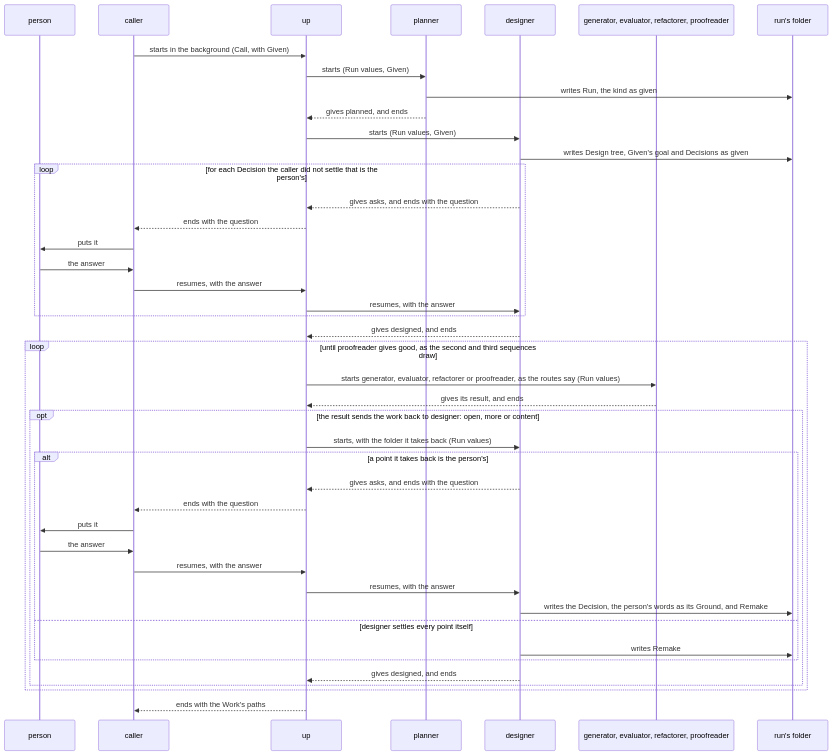
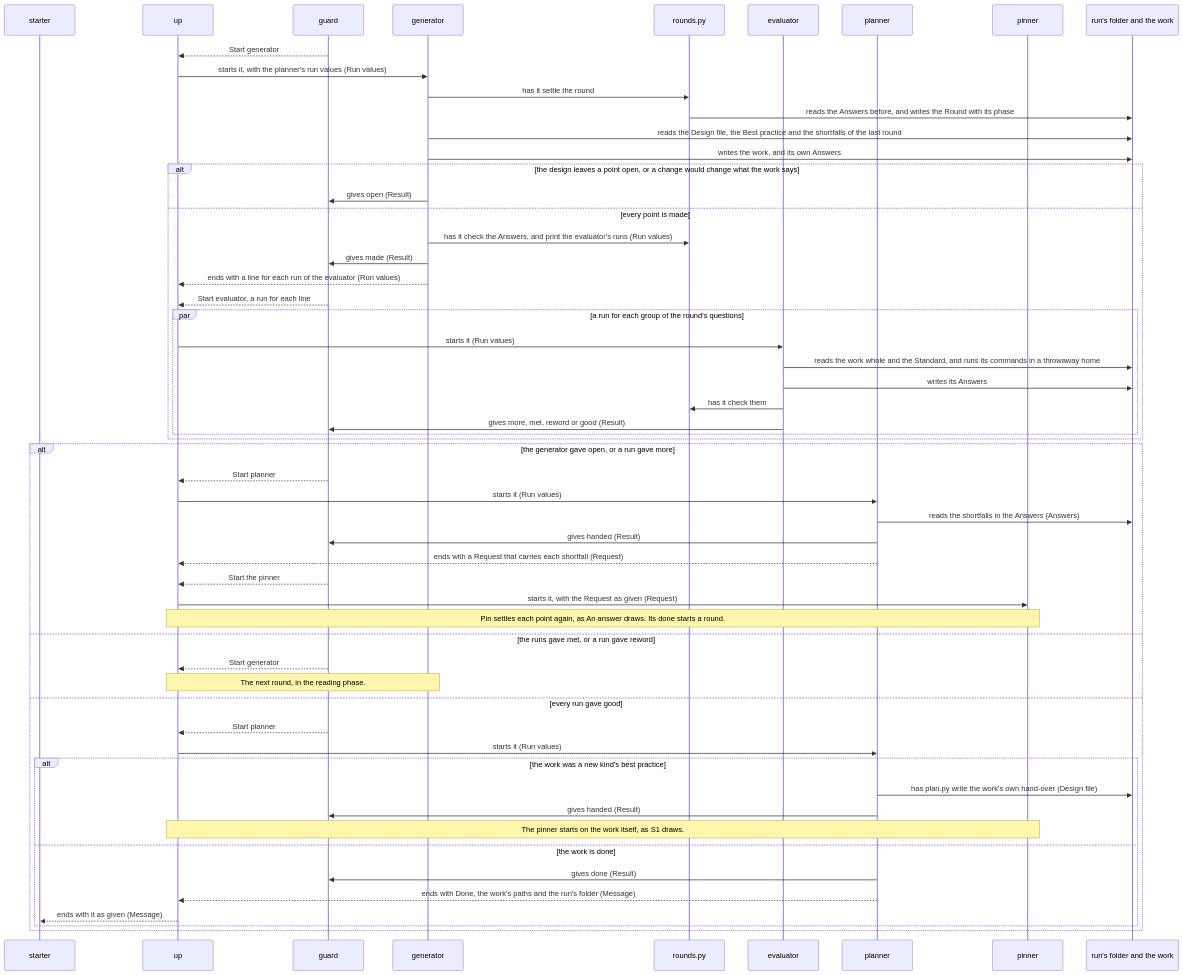
One commit to lovaizu/ccpm changed the third of 3 diagrams in dev/turn/architecture.md. Above: the diagram before and after it, drawn with Mermaid. The commit also changed other lines of this file and 8 other files, not shown here.

````diff
--- a/dev/turn/architecture.md
+++ b/dev/turn/architecture.md
@@ -565,45 +413,58 @@
 ```mermaid
 sequenceDiagram
-  participant P as person
-  participant N as caller
+  participant ST as starter
   participant U as up
+  participant G as guard
+  participant GE as generator
+  participant RS as rounds.py
+  participant E as evaluator
   participant PL as planner
-  participant D as designer
-  participant W as generator, evaluator, refactorer, proofreader
-  participant F as run's folder
-  N->>U: starts in the background (Call, with Given)
-  U->>PL: starts (Run values, Given)
-  PL->>F: writes Run, the kind as given
-  PL-->>U: gives planned, and ends
-  U->>D: starts (Run values, Given)
-  D->>F: writes Design tree, Given's goal and Decisions as given
-  loop for each Decision the caller did not settle that is the person's
-    D-->>U: gives asks, and ends with the question
-    U-->>N: ends with the question
-    N->>P: puts it
-    P->>N: the answer
-    N->>U: resumes, with the answer
-    U->>D: resumes, with the answer
-  end
-  D-->>U: gives designed, and ends
-  loop until proofreader gives good, as the second and third sequences draw
-    U->>W: starts generator, evaluator, refactorer or proofreader, as the routes say (Run values)
-    W-->>U: gives its result, and ends
-    opt the result sends the work back to designer: open, more or content
-      U->>D: starts, with the folder it takes back (Run values)
-      alt a point it takes back is the person's
-        D-->>U: gives asks, and ends with the question
-        U-->>N: ends with the question
-        N->>P: puts it
-        P->>N: the answer
-        N->>U: resumes, with the answer
-        U->>D: resumes, with the answer
-        D->>F: writes the Decision, the person's words as its Ground, and Remake
-      else designer settles every point itself
-        D->>F: writes Remake
-      end
-      D-->>U: gives designed, and ends
+  participant PN as pinner
+  participant F as run's folder and the work
+  G-->>U: Start generator
+  U->>GE: starts it, with the planner's run values (Run values)
+  GE->>RS: has it settle the round
+  RS->>F: reads the Answers before, and writes the Round with its phase
+  GE->>F: reads the Design file, the Best practice and the shortfalls of the last round
+  GE->>F: writes the work, and its own Answers
+  alt the design leaves a point open, or a change would change what the work says
+    GE->>G: gives open (Result)
+  else every point is made
+    GE->>RS: has it check the Answers, and print the evaluator's runs (Run values)
+    GE->>G: gives made (Result)
+    GE-->>U: ends with a line for each run of the evaluator (Run values)
+    G-->>U: Start evaluator, a run for each line
+    par a run for each group of the round's questions
+      U->>E: starts it (Run values)
+      E->>F: reads the work whole and the Standard, and runs its commands in a throwaway home
+      E->>F: writes its Answers
+      E->>RS: has it check them
+      E->>G: gives more, met, reword or good (Result)
     end
   end
-  U-->>N: ends with the Work's paths
+  alt the generator gave open, or a run gave more
+    G-->>U: Start planner
+    U->>PL: starts it (Run values)
+    PL->>F: reads the shortfalls in the Answers (Answers)
+    PL->>G: gives handed (Result)
+    PL-->>U: ends with a Request that carries each shortfall (Request)
+    G-->>U: Start the pinner
+    U->>PN: starts it, with the Request as given (Request)
+    Note over U,PN: Pin settles each point again, as An answer draws. Its done starts a round.
+  else the runs gave met, or a run gave reword
+    G-->>U: Start generator
+    Note over U,GE: The next round, in the reading phase.
+  else every run gave good
+    G-->>U: Start planner
+    U->>PL: starts it (Run values)
+    alt the work was a new kind's best practice
+      PL->>F: has plan.py write the work's own hand-over (Design file)
+      PL->>G: gives handed (Result)
+      Note over U,PN: The pinner starts on the work itself, as S1 draws.
+    else the work is done
+      PL->>G: gives done (Result)
+      PL-->>U: ends with Done, the work's paths and the run's folder (Message)
+      U-->>ST: ends with it as given (Message)
+    end
+  end
 ```
````
